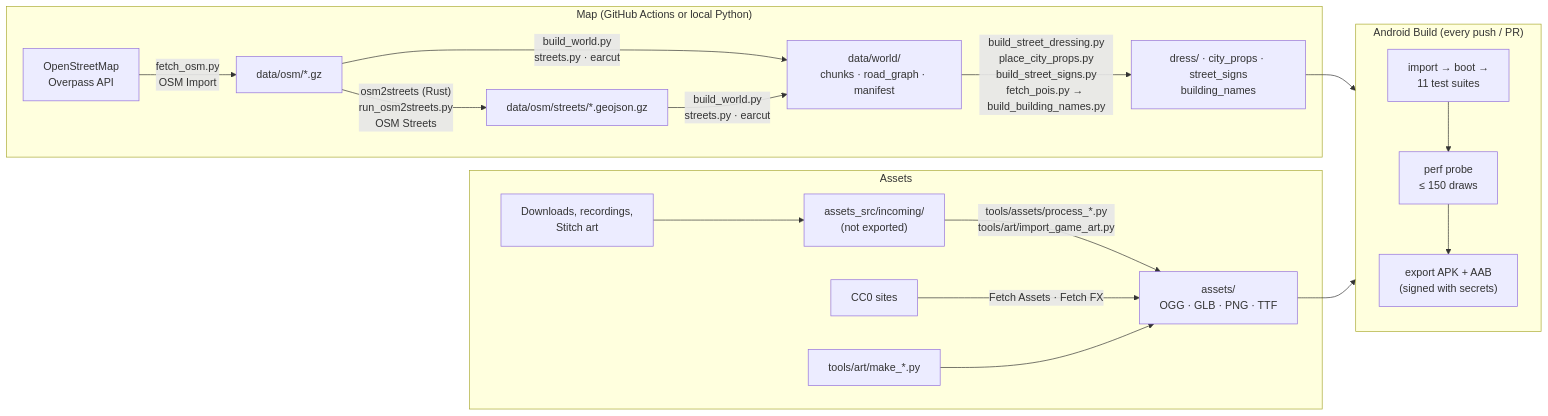
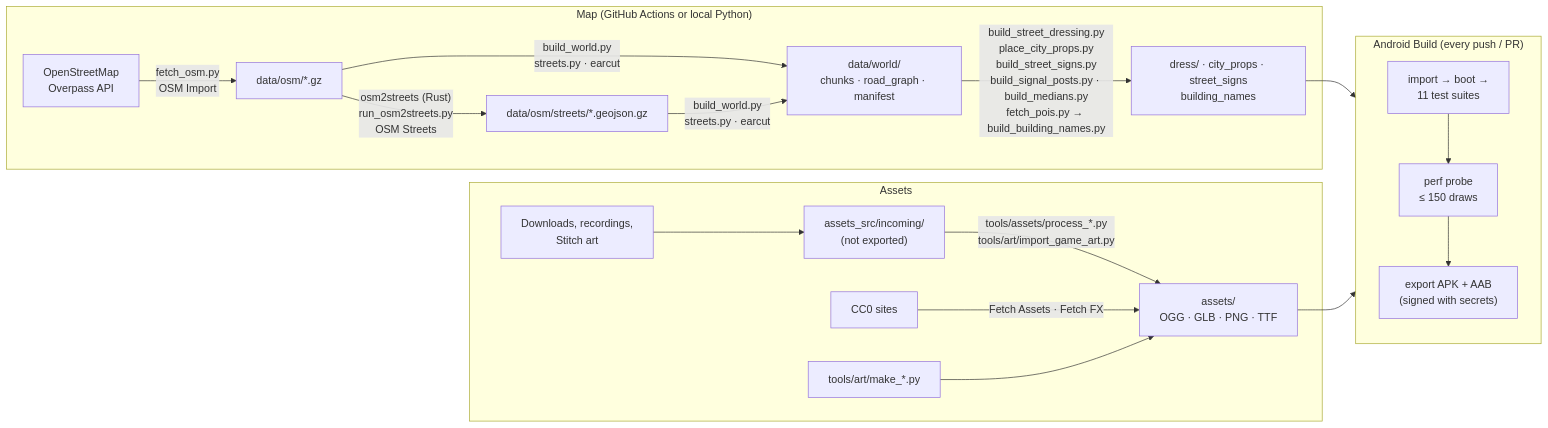
The second of 2 diagrams in README.md (DavidRajPaul/Auto-Simulator-Game-GoDot), drawn with Mermaid before and after one commit. The commit also changed other lines of this file and 170 other files, not shown here.

````diff
--- a/README.md
+++ b/README.md
@@ -232,20 +232,20 @@
 ```mermaid
 flowchart LR
   subgraph Map["Map (GitHub Actions or local Python)"]
     OSM["OpenStreetMap<br/>Overpass API"] -->|"fetch_osm.py<br/>OSM Import"| RAW["data/osm/*.gz"]
     RAW -->|"osm2streets (Rust)<br/>run_osm2streets.py<br/>OSM Streets"| LANES["data/osm/streets/*.geojson.gz"]
     RAW & LANES -->|"build_world.py<br/>streets.py · earcut"| WD["data/world/<br/>chunks · road_graph · manifest"]
-    WD -->|"build_street_dressing.py<br/>place_city_props.py<br/>build_street_signs.py<br/>fetch_pois.py → build_building_names.py"| WD2["dress/ · city_props · street_signs<br/>building_names"]
+    WD -->|"build_street_dressing.py<br/>place_city_props.py<br/>build_street_signs.py<br/>build_signal_posts.py · build_medians.py<br/>fetch_pois.py → build_building_names.py"| WD2["dress/ · city_props · street_signs<br/>building_names"]
   end
   subgraph Art["Assets"]
     DL["Downloads, recordings,<br/>Stitch art"] --> INC["assets_src/incoming/<br/>(not exported)"]
     INC -->|"tools/assets/process_*.py<br/>tools/art/import_game_art.py"| ASSETS["assets/<br/>OGG · GLB · PNG · TTF"]
     CC0["CC0 sites"] -->|"Fetch Assets · Fetch FX"| ASSETS
     GEN["tools/art/make_*.py"] --> ASSETS
   end
   subgraph CI["Android Build (every push / PR)"]
     T["import → boot →<br/>11 test suites"] --> P["perf probe<br/>≤ 150 draws"] --> E["export APK + AAB<br/>(signed with secrets)"]
   end
   WD2 --> CI
   ASSETS --> CI
 ```
````
